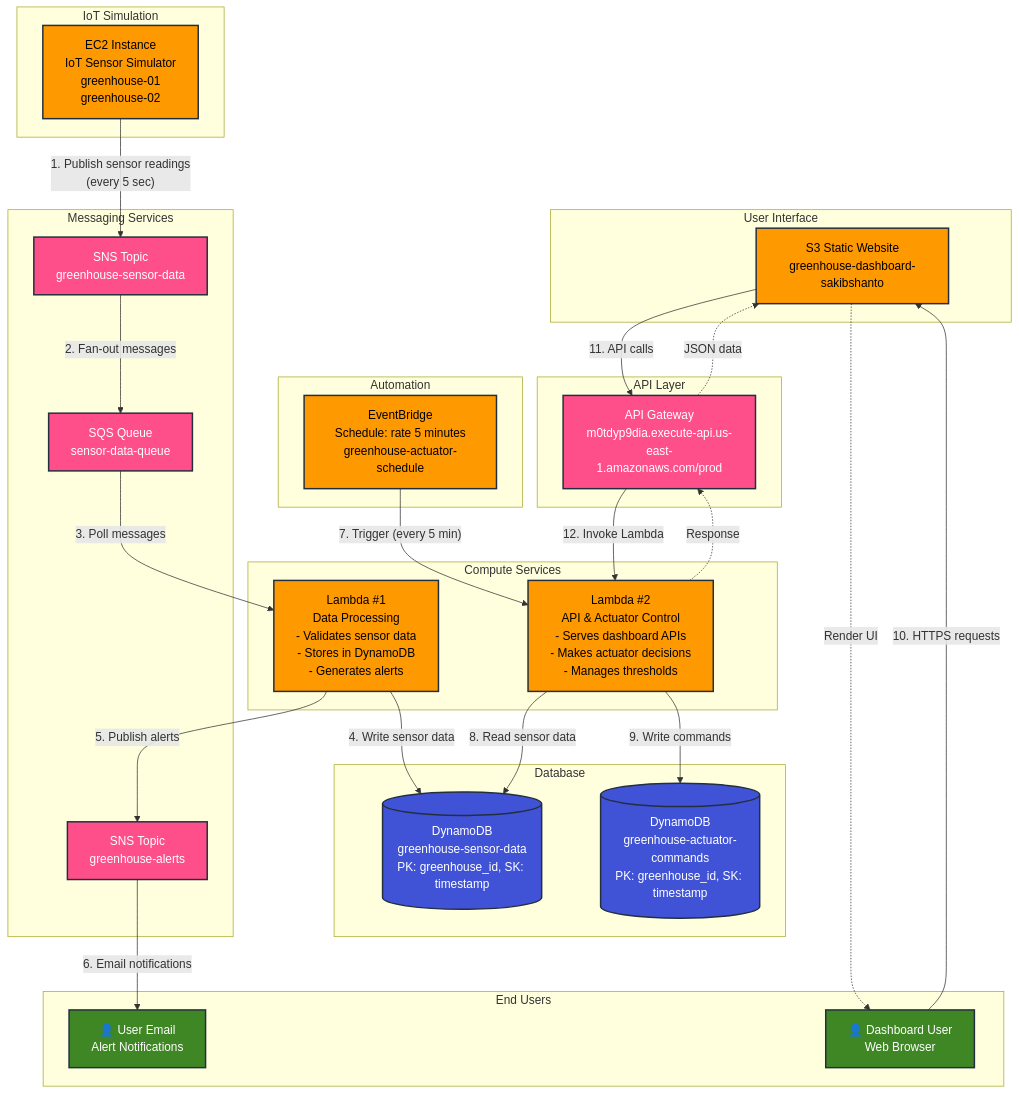
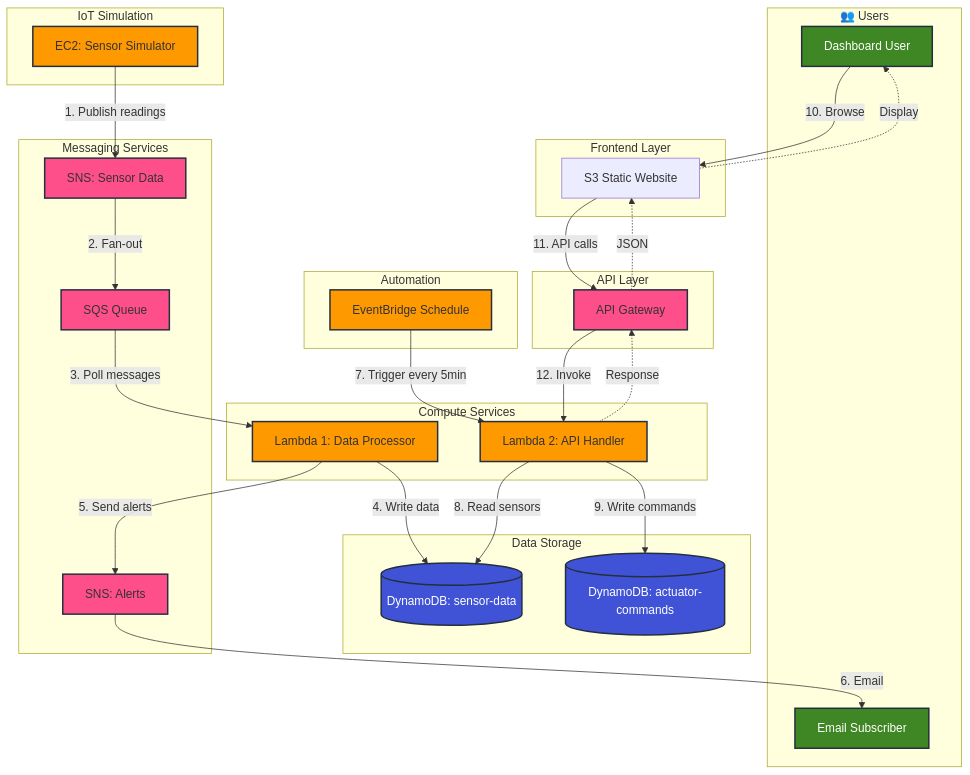
Before and after one commit to sakibahmedshanto/aws-greenhouse: the diagram in README.md, drawn with Mermaid. The commit also changed 3 other files, not shown here.

First line of the commit message:
fix: Simplify Mermaid diagram for GitHub compatibility

````diff
--- a/README.md
+++ b/README.md
@@ -60,71 +60,68 @@
 ```mermaid
-graph TB
-    subgraph "User Interface"
-        A[S3 Static Website<br/>greenhouse-dashboard-sakibshanto]
-        style A fill:#FF9900,stroke:#232F3E,stroke-width:2px,color:#000
+flowchart TD
+    subgraph users["👥 Users"]
+        M[Dashboard User]
+        L[Email Subscriber]
+    end
+    
+    subgraph frontend["Frontend Layer"]
+        A[S3 Static Website]
+    end
+    
+    subgraph api["API Layer"]
+        B[API Gateway]
+    end
+    
+    subgraph compute["Compute Services"]
+        C[Lambda 2: API Handler]
+        D[Lambda 1: Data Processor]
+    end
+    
+    subgraph storage["Data Storage"]
+        E[(DynamoDB: sensor-data)]
+        F[(DynamoDB: actuator-commands)]
+    end
+    
+    subgraph messaging["Messaging Services"]
+        G[SNS: Sensor Data]
+        H[SQS Queue]
+        I[SNS: Alerts]
+    end
+    
+    subgraph automation["Automation"]
+        J[EventBridge Schedule]
+    end
+    
+    subgraph iot["IoT Simulation"]
+        K[EC2: Sensor Simulator]
     end
 
-    subgraph "API Layer"
-        B[API Gateway<br/>m0tdyp9dia.execute-api.us-east-1.amazonaws.com/prod]
-        style B fill:#FF4F8B,stroke:#232F3E,stroke-width:2px,color:#fff
-    end
-
-    subgraph "Compute Services"
-        C[Lambda #2<br/>API & Actuator Control<br/>- Serves dashboard APIs<br/>- Makes actuator decisions<br/>- Manages thresholds]
-        D[Lambda #1<br/>Data Processing<br/>- Validates sensor data<br/>- Stores in DynamoDB<br/>- Generates alerts]
-        style C fill:#FF9900,stroke:#232F3E,stroke-width:2px,color:#000
-        style D fill:#FF9900,stroke:#232F3E,stroke-width:2px,color:#000
-    end
-
-    subgraph "Database"
-        E[(DynamoDB<br/>greenhouse-sensor-data<br/>PK: greenhouse_id, SK: timestamp)]
-        F[(DynamoDB<br/>greenhouse-actuator-commands<br/>PK: greenhouse_id, SK: timestamp)]
-        style E fill:#4053D6,stroke:#232F3E,stroke-width:2px,color:#fff
-        style F fill:#4053D6,stroke:#232F3E,stroke-width:2px,color:#fff
-    end
-
-    subgraph "Messaging Services"
-        G[SNS Topic<br/>greenhouse-sensor-data]
-        H[SQS Queue<br/>sensor-data-queue]
-        I[SNS Topic<br/>greenhouse-alerts]
-        style G fill:#FF4F8B,stroke:#232F3E,stroke-width:2px,color:#fff
-        style H fill:#FF4F8B,stroke:#232F3E,stroke-width:2px,color:#fff
-        style I fill:#FF4F8B,stroke:#232F3E,stroke-width:2px,color:#fff
-    end
-
-    subgraph "Automation"
-        J[EventBridge<br/>Schedule: rate 5 minutes<br/>greenhouse-actuator-schedule]
-        style J fill:#FF9900,stroke:#232F3E,stroke-width:2px,color:#000
-    end
-
-    subgraph "IoT Simulation"
-        K[EC2 Instance<br/>IoT Sensor Simulator<br/>greenhouse-01<br/>greenhouse-02]
-        style K fill:#FF9900,stroke:#232F3E,stroke-width:2px,color:#000
-    end
-
-    subgraph "End Users"
-        L[👤 User Email<br/>Alert Notifications]
-        M[👤 Dashboard User<br/>Web Browser]
-        style L fill:#3F8624,stroke:#232F3E,stroke-width:2px,color:#fff
-        style M fill:#3F8624,stroke:#232F3E,stroke-width:2px,color:#fff
-    end
-
-    K -->|"1. Publish sensor readings<br/>(every 5 sec)"| G
-    G -->|"2. Fan-out messages"| H
-    H -->|"3. Poll messages"| D
-    D -->|"4. Write sensor data"| E
-    D -->|"5. Publish alerts"| I
-    I -->|"6. Email notifications"| L
-
-    J -->|"7. Trigger (every 5 min)"| C
-    C -->|"8. Read sensor data"| E
-    C -->|"9. Write commands"| F
-
-    M -->|"10. HTTPS requests"| A
-    A -->|"11. API calls"| B
-    B -->|"12. Invoke Lambda"| C
-
-    C -.->|"Response"| B
-    B -.->|"JSON data"| A
-    A -.->|"Render UI"| M
+    %% Data Flow
+    K -->|1. Publish readings| G
+    G -->|2. Fan-out| H
+    H -->|3. Poll messages| D
+    D -->|4. Write data| E
+    D -->|5. Send alerts| I
+    I -->|6. Email| L
+    
+    J -->|7. Trigger every 5min| C
+    C -->|8. Read sensors| E
+    C -->|9. Write commands| F
+    
+    M -->|10. Browse| A
+    A -->|11. API calls| B
+    B -->|12. Invoke| C
+    C -.->|Response| B
+    B -.->|JSON| A
+    A -.->|Display| M
+    
+    classDef compute fill:#FF9900,stroke:#232F3E,stroke-width:2px
+    classDef storage fill:#4053D6,stroke:#232F3E,stroke-width:2px,color:#fff
+    classDef messaging fill:#FF4F8B,stroke:#232F3E,stroke-width:2px
+    classDef user fill:#3F8624,stroke:#232F3E,stroke-width:2px,color:#fff
+    
+    class C,D,K,J compute
+    class E,F storage
+    class G,H,I,B messaging
+    class M,L user
 ```
````
